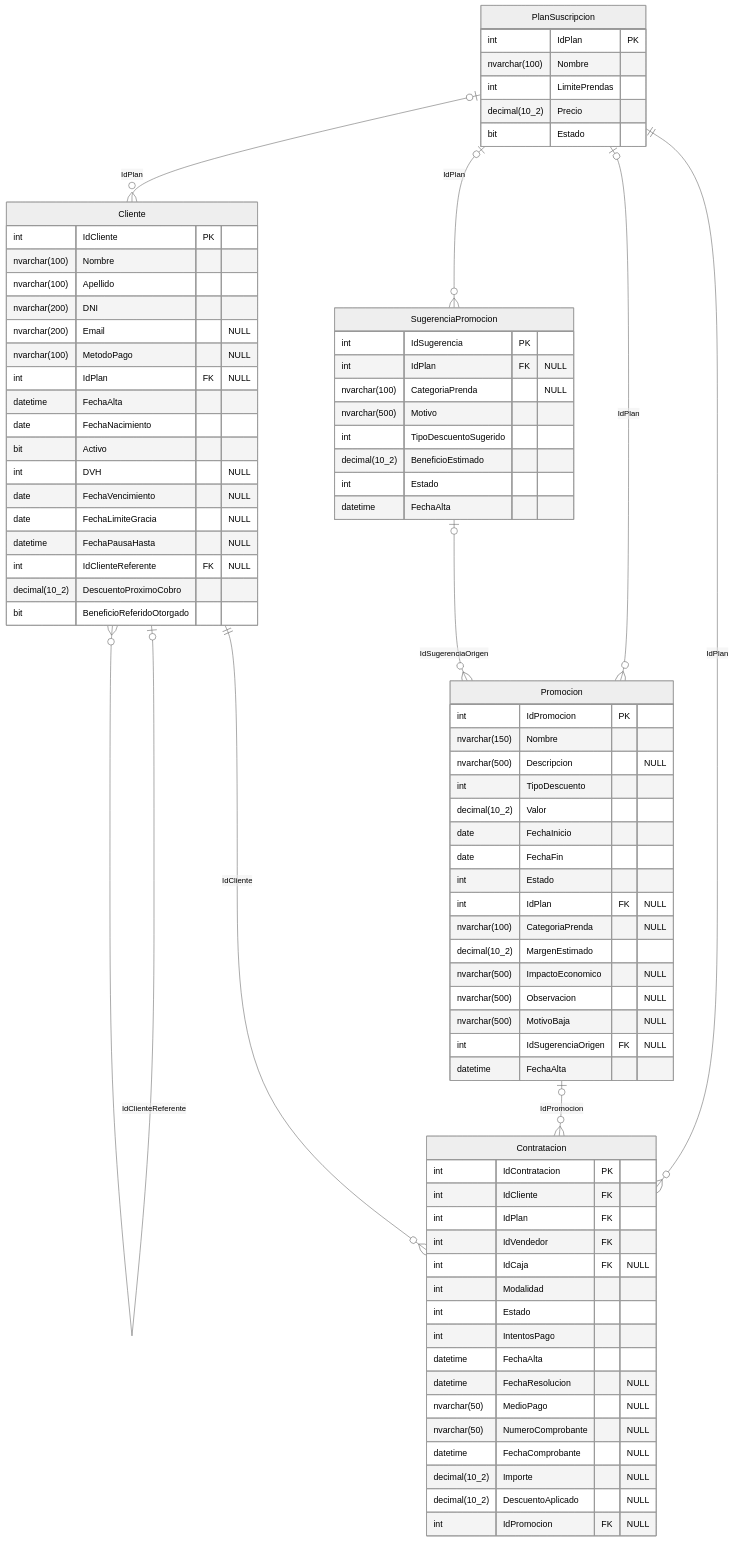
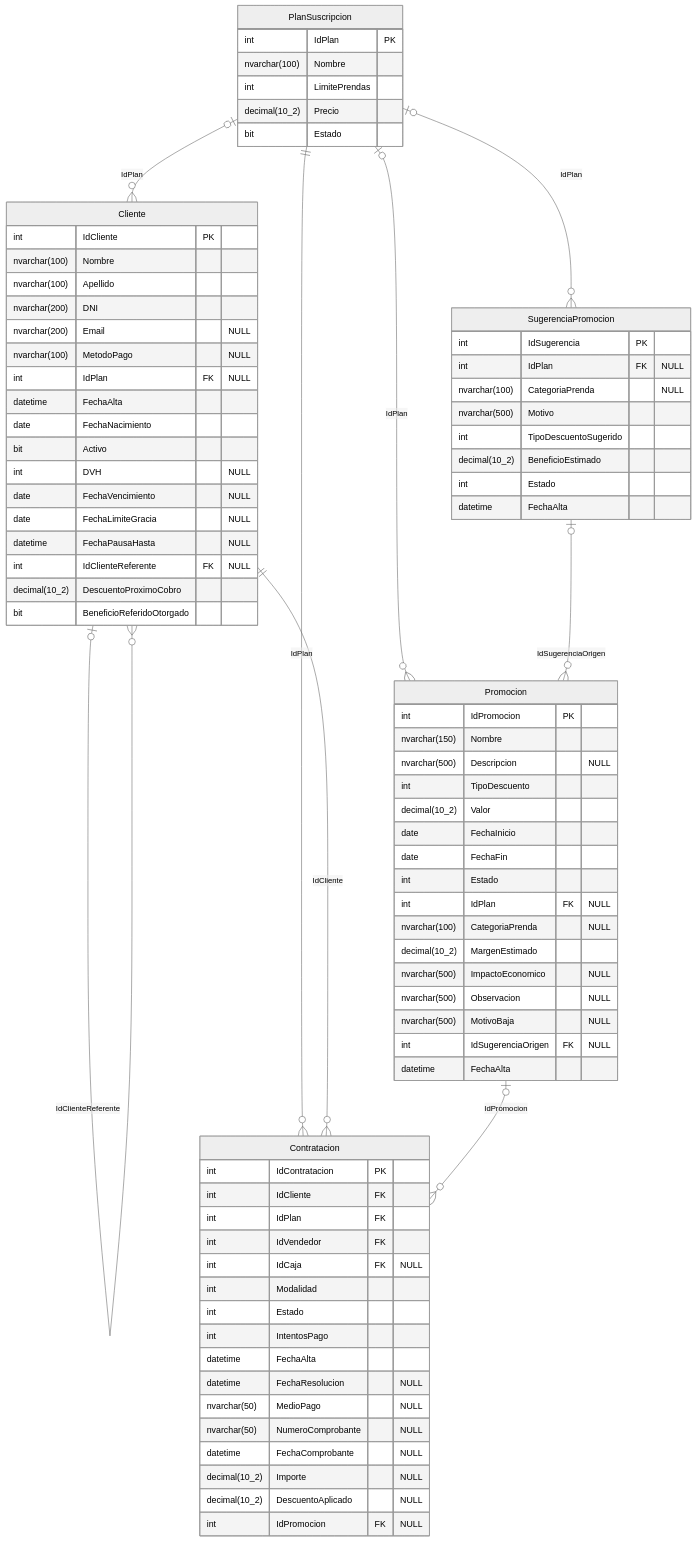
One commit to valentinamorana/Trabajo-de-Diploma changed the diagram in docs/diagramas/mermaid/DER_pn03_promociones.mmd. Above: the diagram before and after it, drawn with Mermaid (neutral theme). The commit also changed other lines of this file and 88 other files, not shown here.

First line of the commit message:
PN01: el armado del pedido sigue el diagrama de actividad de EA

```diff
--- a/docs/diagramas/mermaid/DER_pn03_promociones.mmd
+++ b/docs/diagramas/mermaid/DER_pn03_promociones.mmd
@@ -1,81 +1,81 @@
 erDiagram
   Cliente |o--o{ Cliente : "IdClienteReferente"
   PlanSuscripcion |o--o{ Cliente : "IdPlan"
   PlanSuscripcion ||--o{ Contratacion : "IdPlan"
+  Cliente ||--o{ Contratacion : "IdCliente"
   Promocion |o--o{ Contratacion : "IdPromocion"
-  Cliente ||--o{ Contratacion : "IdCliente"
   PlanSuscripcion |o--o{ Promocion : "IdPlan"
   SugerenciaPromocion |o--o{ Promocion : "IdSugerenciaOrigen"
   PlanSuscripcion |o--o{ SugerenciaPromocion : "IdPlan"
   PlanSuscripcion {
     int IdPlan PK
     nvarchar(100) Nombre
     int LimitePrendas
     decimal(10_2) Precio
     bit Estado
   }
   SugerenciaPromocion {
     int IdSugerencia PK
     int IdPlan FK "NULL"
     nvarchar(100) CategoriaPrenda "NULL"
     nvarchar(500) Motivo
     int TipoDescuentoSugerido
     decimal(10_2) BeneficioEstimado
     int Estado
     datetime FechaAlta
   }
   Promocion {
     int IdPromocion PK
     nvarchar(150) Nombre
     nvarchar(500) Descripcion "NULL"
     int TipoDescuento
     decimal(10_2) Valor
     date FechaInicio
     date FechaFin
     int Estado
     int IdPlan FK "NULL"
     nvarchar(100) CategoriaPrenda "NULL"
     decimal(10_2) MargenEstimado
     nvarchar(500) ImpactoEconomico "NULL"
     nvarchar(500) Observacion "NULL"
     nvarchar(500) MotivoBaja "NULL"
     int IdSugerenciaOrigen FK "NULL"
     datetime FechaAlta
   }
   Contratacion {
     int IdContratacion PK
     int IdCliente FK
     int IdPlan FK
     int IdVendedor FK
     int IdCaja FK "NULL"
     int Modalidad
     int Estado
     int IntentosPago
     datetime FechaAlta
     datetime FechaResolucion "NULL"
     nvarchar(50) MedioPago "NULL"
     nvarchar(50) NumeroComprobante "NULL"
     datetime FechaComprobante "NULL"
     decimal(10_2) Importe "NULL"
     decimal(10_2) DescuentoAplicado "NULL"
     int IdPromocion FK "NULL"
   }
   Cliente {
     int IdCliente PK
     nvarchar(100) Nombre
     nvarchar(100) Apellido
     nvarchar(200) DNI
     nvarchar(200) Email "NULL"
     nvarchar(100) MetodoPago "NULL"
     int IdPlan FK "NULL"
     datetime FechaAlta
     date FechaNacimiento
     bit Activo
     int DVH "NULL"
     date FechaVencimiento "NULL"
     date FechaLimiteGracia "NULL"
     datetime FechaPausaHasta "NULL"
     int IdClienteReferente FK "NULL"
     decimal(10_2) DescuentoProximoCobro
     bit BeneficioReferidoOtorgado
   }
```
